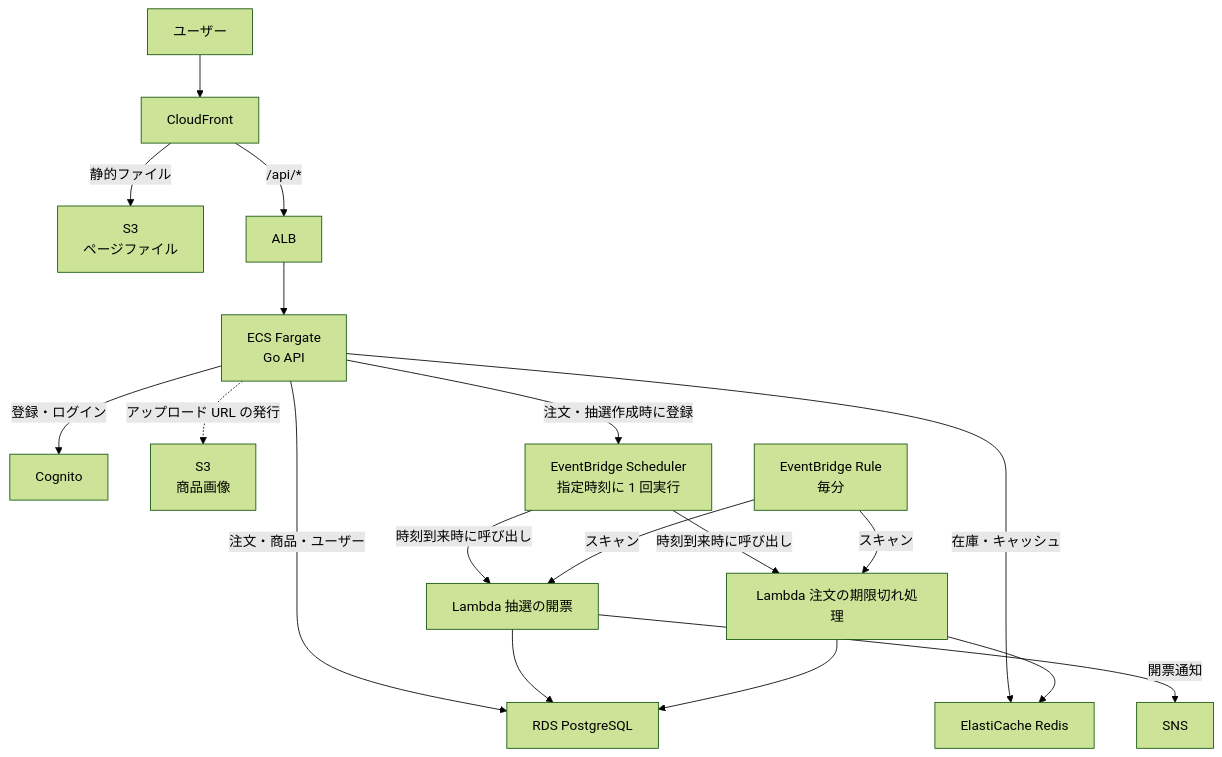
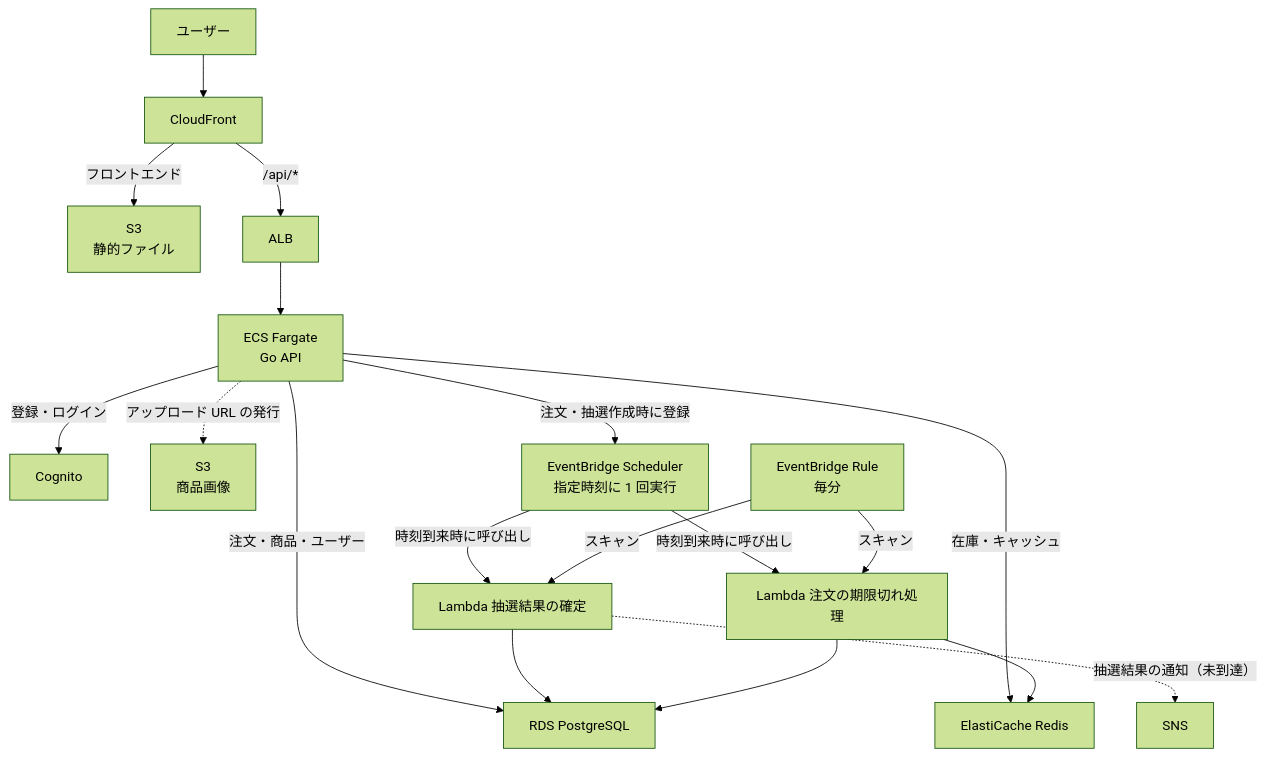
One commit to jessehub777/flashbuy changed the first of 4 diagrams in README.md. Above: the diagram before and after it, drawn with Mermaid (forest theme). The commit also changed other lines of this file and 1 other file, not shown here.

````diff
--- a/README.md
+++ b/README.md
@@ -34,20 +29,20 @@
 ```mermaid
 flowchart TB
   U["ユーザー"] --> CF["CloudFront"]
-  CF -->|"静的ファイル"| S3F["S3<br/>ページファイル"]
+  CF -->|"フロントエンド"| S3F["S3<br/>静的ファイル"]
   CF -->|"/api/*"| ALB["ALB"]
   ALB --> ECS["ECS Fargate<br/>Go API"]
   ECS -->|"注文・商品・ユーザー"| RDS["RDS PostgreSQL"]
   ECS -->|"在庫・キャッシュ"| RD["ElastiCache Redis"]
   ECS -->|"登録・ログイン"| COG["Cognito"]
   ECS -.->|"アップロード URL の発行"| S3I["S3<br/>商品画像"]
   ECS -->|"注文・抽選作成時に登録"| SCH["EventBridge Scheduler<br/>指定時刻に 1 回実行"]
-  SCH -->|"時刻到来時に呼び出し"| L1["Lambda 抽選の開票"]
+  SCH -->|"時刻到来時に呼び出し"| L1["Lambda 抽選結果の確定"]
   SCH -->|"時刻到来時に呼び出し"| L2["Lambda 注文の期限切れ処理"]
   RULE["EventBridge Rule<br/>毎分"] -->|"スキャン"| L1
   RULE -->|"スキャン"| L2
   L1 --> RDS
-  L1 -->|"開票通知"| SNS["SNS"]
+  L1 -.->|"抽選結果の通知（未到達）"| SNS["SNS"]
   L2 --> RDS
   L2 --> RD
 ```
````
